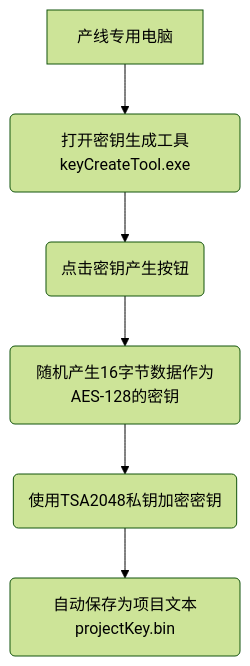
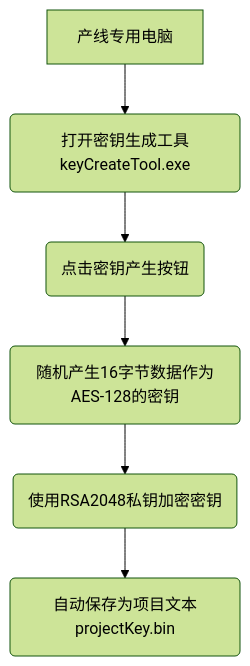
Before and after one commit to facebook-cloud/iodraw-files: the diagram in all/未命名-3.md, drawn with Mermaid (forest theme).

Commit message:
2026-01-05 19:50:41 update

````diff
--- a/all/未命名-3.md
+++ b/all/未命名-3.md
@@ -1,9 +1,9 @@
 ```mermaid
 graph TD
     A[产线专用电脑] --> B(打开密钥生成工具keyCreateTool.exe)
     B --> C(点击密钥产生按钮)
     C --> D(随机产生16字节数据作为AES-128的密钥)
-    D --> E(使用TSA2048私钥加密密钥)
+    D --> E(使用RSA2048私钥加密密钥)
     E --> F(自动保存为项目文本projectKey.bin)
 
 ```
````
